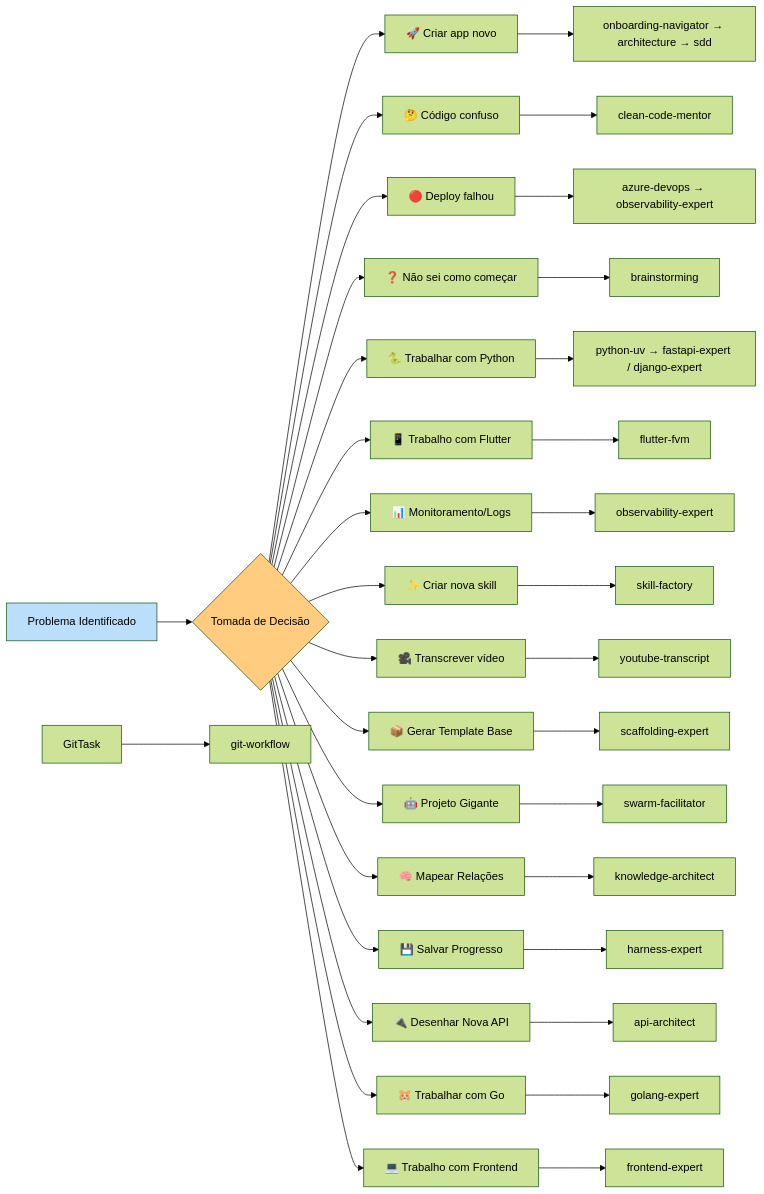
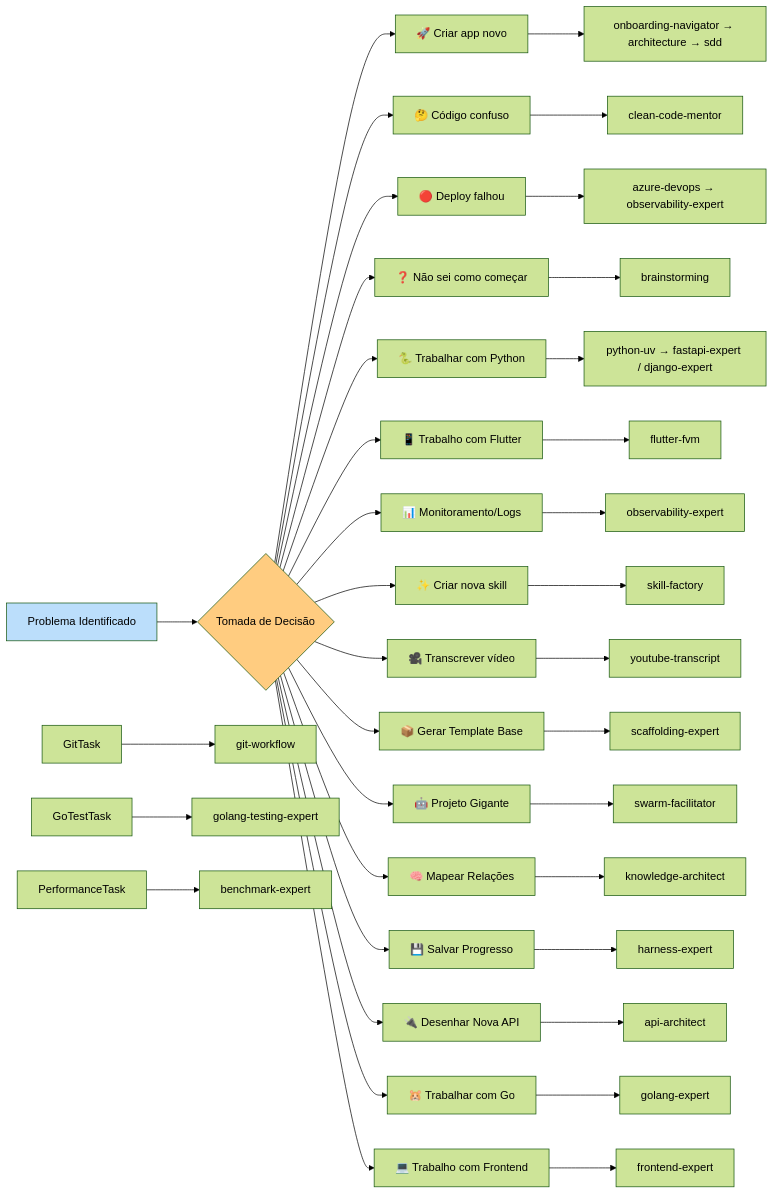
Before and after one commit to KlebersonCollab/skills: the second of 2 diagrams in onboarding-navigator/references/skills-catalog.md, drawn with Mermaid (forest theme). The commit also changed other lines of this file and 1 other file, not shown here.

Commit message:
feat(hub): register benchmark-expert skill in root README and onboarding catalog #BE-005

````diff
--- a/onboarding-navigator/references/skills-catalog.md
+++ b/onboarding-navigator/references/skills-catalog.md
@@ -103,42 +107,44 @@
 ```mermaid
 flowchart LR
     Problem[Problema Identificado] --> Decision{Tomada de Decisão}
     
     Decision --> NewApp["🚀 Criar app novo"]
     Decision --> CodeSmell["🤔 Código confuso"]
     Decision --> DeployFailed["🔴 Deploy falhou"]
     Decision --> NoIdea["❓ Não sei como começar"]
     Decision --> PythonTask["🐍 Trabalhar com Python"]
     Decision --> FlutterTask["📱 Trabalho com Flutter"]
     Decision --> Monitor["📊 Monitoramento/Logs"]
     Decision --> NewSkill["✨ Criar nova skill"]
     Decision --> YoutubeVid["🎥 Transcrever vídeo"]
     Decision --> Scaffold["📦 Gerar Template Base"]
     Decision --> Orchestrate["🤖 Projeto Gigante"]
     Decision --> MapKnowledge["🧠 Mapear Relações"]
     Decision --> SaveState["💾 Salvar Progresso"]
     Decision --> NewAPI["🔌 Desenhar Nova API"]
     Decision --> GoTask["🐹 Trabalhar com Go"]
     Decision --> FrontendTask["💻 Trabalho com Frontend"]
     
     NewApp --> Path1[onboarding-navigator → architecture → sdd]
     CodeSmell --> Path2[clean-code-mentor]
     DeployFailed --> Path3[azure-devops → observability-expert]
     NoIdea --> Path4[brainstorming]
     PythonTask --> Path5[python-uv → fastapi-expert / django-expert]
     FlutterTask --> Path6[flutter-fvm]
     Monitor --> Path7[observability-expert]
     NewSkill --> Path8[skill-factory]
     YoutubeVid --> Path9[youtube-transcript]
     Scaffold --> Path10[scaffolding-expert]
     Orchestrate --> Path11[swarm-facilitator]
     MapKnowledge --> Path12[knowledge-architect]
     SaveState --> Path13[harness-expert]
     NewAPI --> Path14[api-architect]
     GoTask --> Path15[golang-expert]
     FrontendTask --> Path16[frontend-expert]
     GitTask --> Path17[git-workflow]
+    GoTestTask --> Path18[golang-testing-expert]
+    PerformanceTask --> Path19[benchmark-expert]
     
     style Problem fill:#bbdefb
     style Decision fill:#ffcc80
 ```
````
